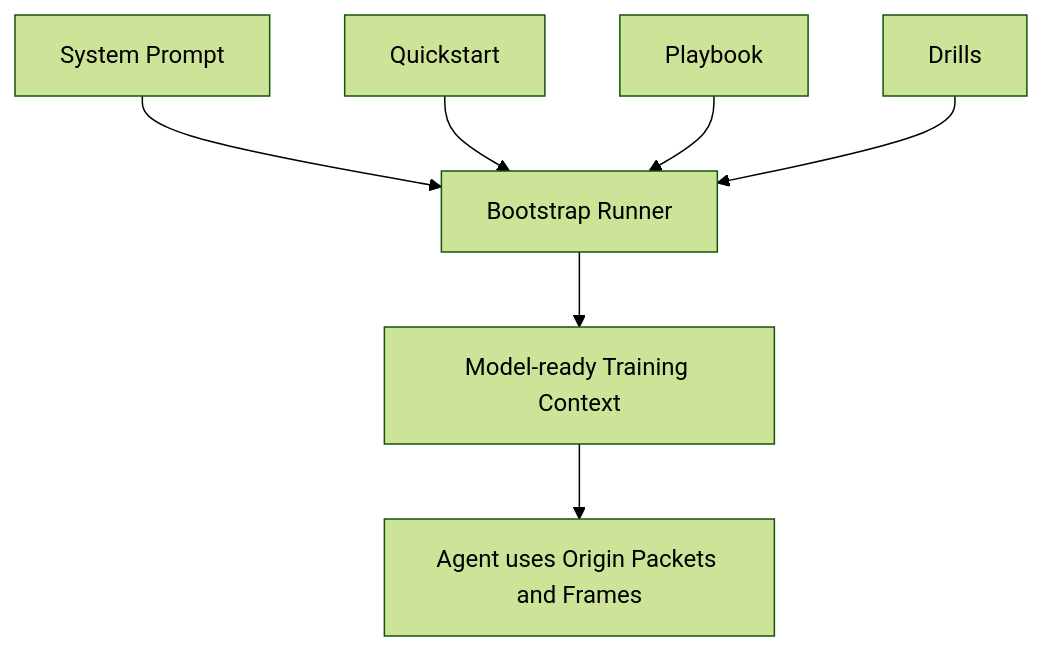
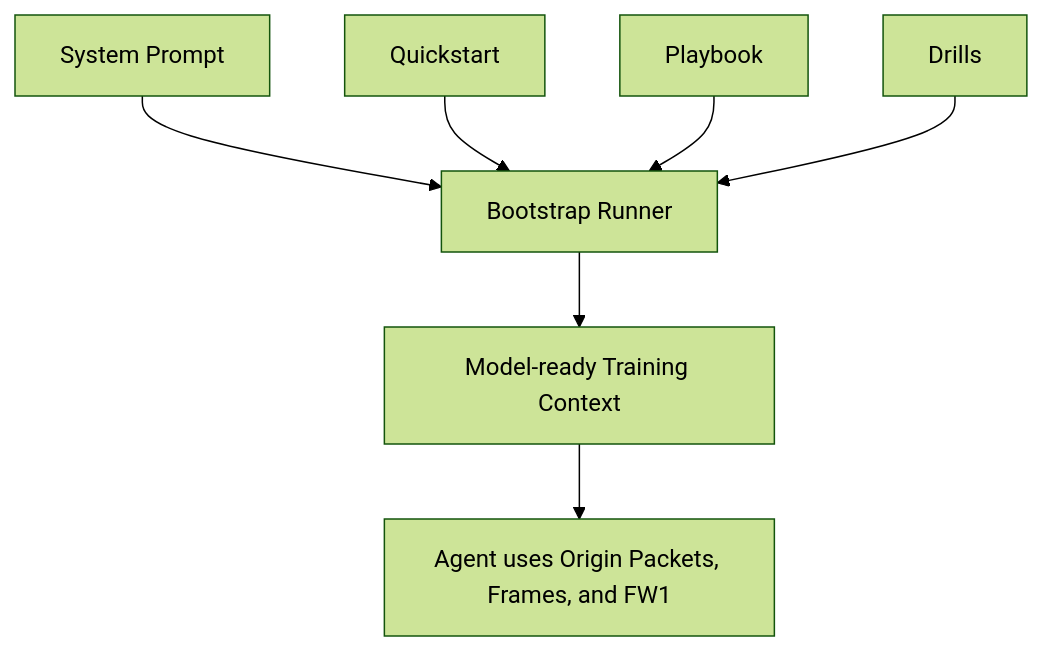
The second of 3 diagrams in README.md (drinkscholson/Origin), drawn with Mermaid (forest theme) before and after one commit. The commit also changed other lines of this file and 18 other files, not shown here.

````diff
--- a/README.md
+++ b/README.md
@@ -182,9 +237,9 @@
 ```mermaid
 flowchart TD
     A["System Prompt"] --> E["Bootstrap Runner"]
     B["Quickstart"] --> E
     C["Playbook"] --> E
     D["Drills"] --> E
     E --> F["Model-ready Training Context"]
-    F --> G["Agent uses Origin Packets and Frames"]
+    F --> G["Agent uses Origin Packets, Frames, and FW1"]
 ```
````
